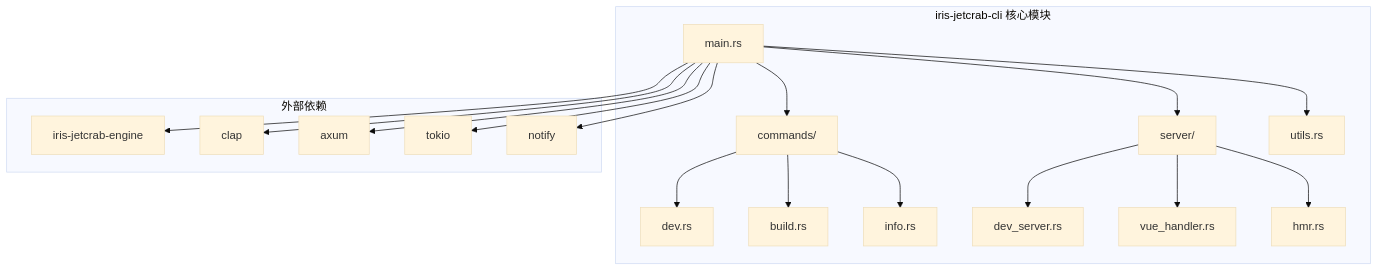
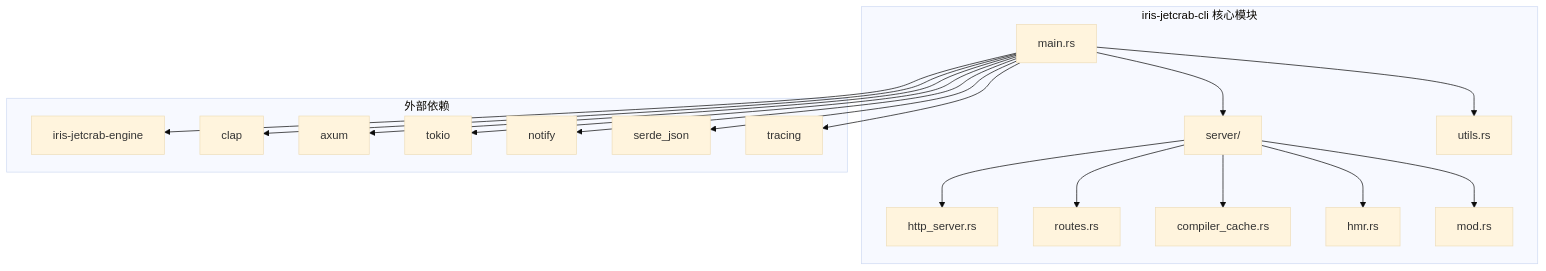
Before and after one commit to itszzl-sudo/iris: the first of 10 diagrams in .qoder/repowiki/zh/content/核心功能特性/Iris JetCrab CLI工具.md, drawn with Mermaid (base theme). The commit also changed other lines of this file and 887 other files, not shown here.

````diff
--- a/.qoder/repowiki/zh/content/核心功能特性/Iris JetCrab CLI工具.md
+++ b/.qoder/repowiki/zh/content/核心功能特性/Iris JetCrab CLI工具.md
@@ -48,26 +57,28 @@
 ```mermaid
 graph TB
 subgraph "iris-jetcrab-cli 核心模块"
-A[main.rs] --> B[commands/]
-A --> C[server/]
-A --> D[utils.rs]
-B --> B1[dev.rs]
-B --> B2[build.rs]
-B --> B3[info.rs]
-C --> C1[dev_server.rs]
-C --> C2[vue_handler.rs]
-C --> C3[hmr.rs]
+A[main.rs] --> B[server/]
+A --> C[utils.rs]
+B --> B1[http_server.rs]
+B --> B2[routes.rs]
+B --> B3[compiler_cache.rs]
+B --> B4[hmr.rs]
+B --> B5[mod.rs]
 end
 subgraph "外部依赖"
-E[iris-jetcrab-engine]
-F[clap]
-G[axum]
-H[tokio]
-I[notify]
+D[iris-jetcrab-engine]
+E[clap]
+F[axum]
+G[tokio]
+H[notify]
+I[serde_json]
+J[tracing]
 end
+A --> D
 A --> E
 A --> F
 A --> G
 A --> H
 A --> I
+A --> J
 ```
````
